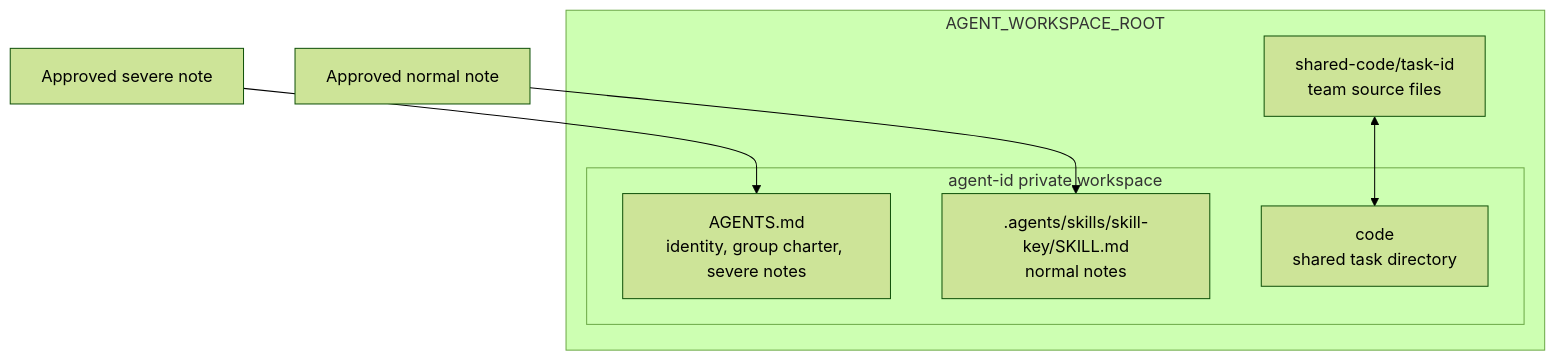
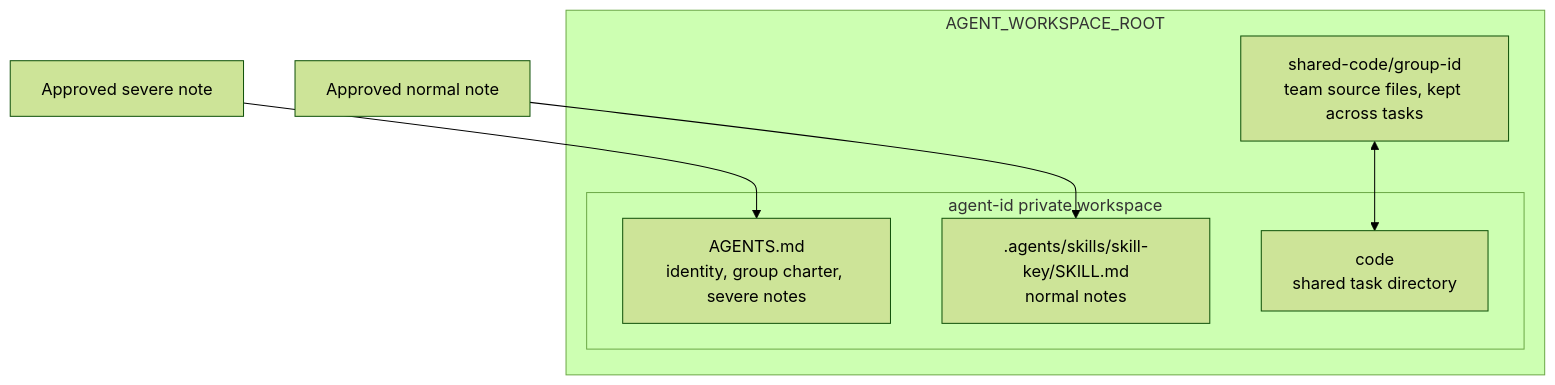
Before and after one commit to rjustyn1/tikitaka: the fifth of 5 diagrams in finaldocs/ARCHITECTURE.md, drawn with Mermaid (forest theme). The commit also changed other lines of this file and 19 other files, not shown here.

````diff
--- a/finaldocs/ARCHITECTURE.md
+++ b/finaldocs/ARCHITECTURE.md
@@ -185,14 +188,14 @@
 ```mermaid
 flowchart TB
     subgraph Root["AGENT_WORKSPACE_ROOT"]
-        Shared["shared-code/task-id<br/>team source files"]
+        Shared["shared-code/group-id<br/>team source files, kept across tasks"]
         subgraph Agent["agent-id private workspace"]
             Identity["AGENTS.md<br/>identity, group charter, severe notes"]
             Skills[".agents/skills/skill-key/SKILL.md<br/>normal notes"]
             Link["code<br/>shared task directory"]
         end
     end
     Shared <--> Link
     Severe["Approved severe note"] --> Identity
     Normal["Approved normal note"] --> Skills
 ```
````
